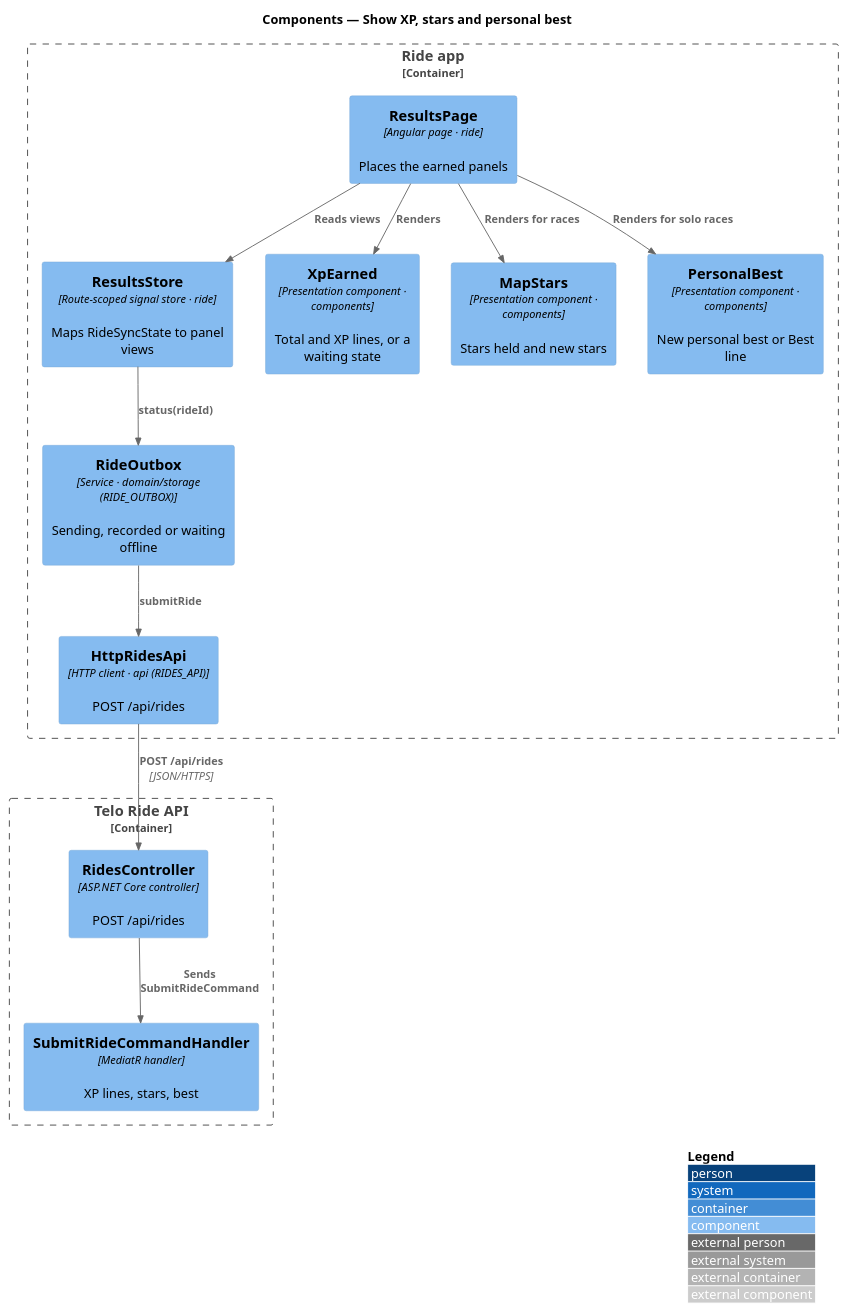
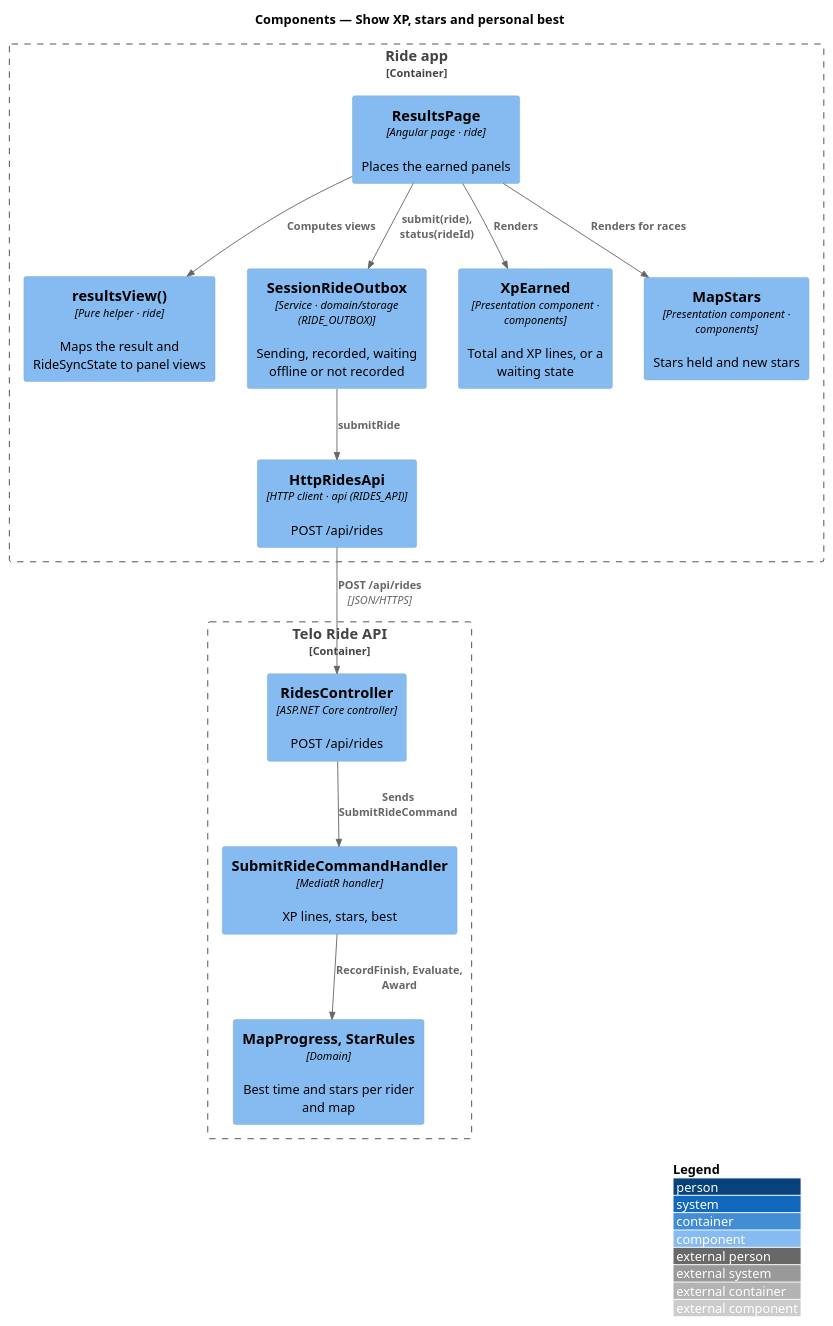
The diagram in docs/detailed-designs/results/show-xp-stars-and-personal-best/diagrams/c4-component.puml (QuinntyneBrown/ride-one), drawn with PlantUML before and after one commit. The commit also changed 23 other files, not shown here.

First line of the commit message:
Align slice 11.2: XP panel states, a slower solo race, the outbox

```diff
--- a/docs/detailed-designs/results/show-xp-stars-and-personal-best/diagrams/c4-component.puml
+++ b/docs/detailed-designs/results/show-xp-stars-and-personal-best/diagrams/c4-component.puml
@@ -1,27 +1,27 @@
 @startuml
 !include <C4/C4_Component>
 LAYOUT_WITH_LEGEND()
 title Components — Show XP, stars and personal best
 
 Container_Boundary(app, "Ride app") {
   Component(page, "ResultsPage", "Angular page · ride", "Places the earned panels")
-  Component(store, "ResultsStore", "Route-scoped signal store · ride", "Maps RideSyncState to panel views")
-  Component(outbox, "RideOutbox", "Service · domain/storage (RIDE_OUTBOX)", "Sending, recorded or waiting offline")
+  Component(store, "resultsView()", "Pure helper · ride", "Maps the result and RideSyncState to panel views")
+  Component(outbox, "SessionRideOutbox", "Service · domain/storage (RIDE_OUTBOX)", "Sending, recorded, waiting offline or not recorded")
   Component(ridesapi, "HttpRidesApi", "HTTP client · api (RIDES_API)", "POST /api/rides")
   Component(xp, "XpEarned", "Presentation component · components", "Total and XP lines, or a waiting state")
   Component(stars, "MapStars", "Presentation component · components", "Stars held and new stars")
-  Component(best, "PersonalBest", "Presentation component · components", "New personal best or Best line")
 }
 Container_Boundary(api, "Telo Ride API") {
   Component(ctrl, "RidesController", "ASP.NET Core controller", "POST /api/rides")
   Component(handler, "SubmitRideCommandHandler", "MediatR handler", "XP lines, stars, best")
+  Component(rules, "MapProgress, StarRules", "Domain", "Best time and stars per rider and map")
 }
-Rel(page, store, "Reads views")
-Rel(store, outbox, "status(rideId)")
+Rel(page, outbox, "submit(ride), status(rideId)")
+Rel(page, store, "Computes views")
 Rel(outbox, ridesapi, "submitRide")
 Rel(ridesapi, ctrl, "POST /api/rides", "JSON/HTTPS")
 Rel(ctrl, handler, "Sends SubmitRideCommand")
+Rel(handler, rules, "RecordFinish, Evaluate, Award")
 Rel(page, xp, "Renders")
 Rel(page, stars, "Renders for races")
-Rel(page, best, "Renders for solo races")
 @enduml
```
